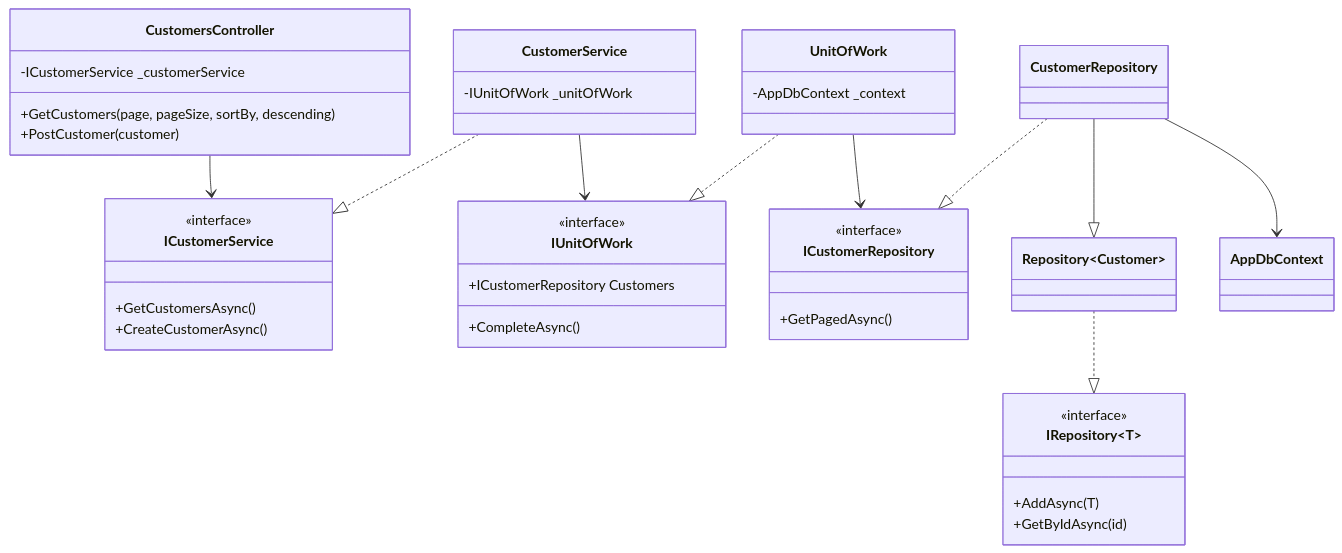
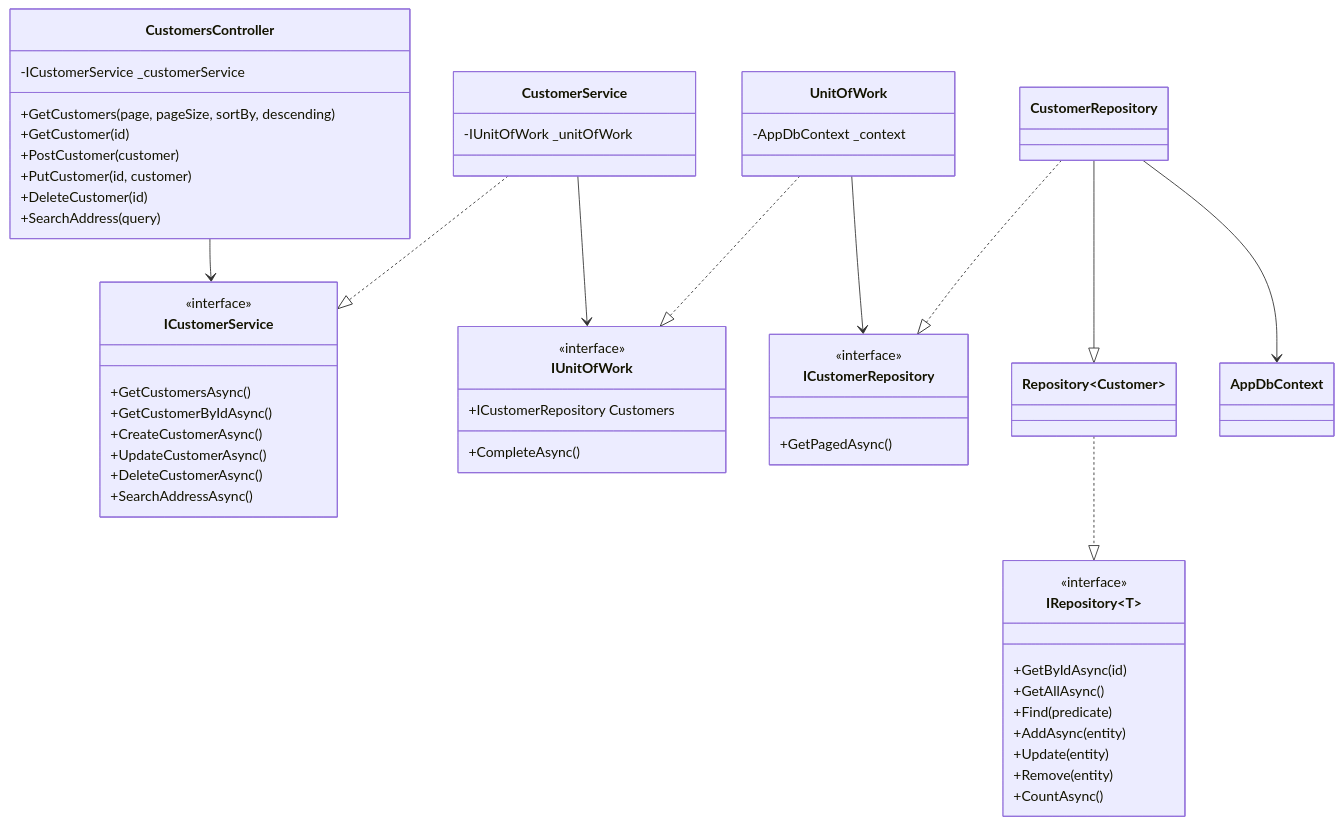
The first of 8 diagrams in README.md (nbellias/EpsilonWebApp), drawn with Mermaid before and after one commit. The commit also changed other lines of this file and 24 other files, not shown here.

````diff
--- a/README.md
+++ b/README.md
@@ -98,45 +103,58 @@
 ```mermaid
 classDiagram
     class CustomersController {
         -ICustomerService _customerService
         +GetCustomers(page, pageSize, sortBy, descending)
+        +GetCustomer(id)
         +PostCustomer(customer)
+        +PutCustomer(id, customer)
+        +DeleteCustomer(id)
+        +SearchAddress(query)
     }
     class ICustomerService {
         <<interface>>
         +GetCustomersAsync()
+        +GetCustomerByIdAsync()
         +CreateCustomerAsync()
+        +UpdateCustomerAsync()
+        +DeleteCustomerAsync()
+        +SearchAddressAsync()
     }
     class CustomerService {
         -IUnitOfWork _unitOfWork
     }
     class IUnitOfWork {
         <<interface>>
         +ICustomerRepository Customers
         +CompleteAsync()
     }
     class UnitOfWork {
         -AppDbContext _context
     }
     class ICustomerRepository {
         <<interface>>
         +GetPagedAsync()
     }
     class CustomerRepository {
     }
     class IRepository~T~ {
         <<interface>>
-        +AddAsync(T)
         +GetByIdAsync(id)
+        +GetAllAsync()
+        +Find(predicate)
+        +AddAsync(entity)
+        +Update(entity)
+        +Remove(entity)
+        +CountAsync()
     }
 
     CustomersController --> ICustomerService
     CustomerService ..|> ICustomerService
     CustomerService --> IUnitOfWork
     UnitOfWork ..|> IUnitOfWork
     UnitOfWork --> ICustomerRepository
     CustomerRepository ..|> ICustomerRepository
     CustomerRepository --|> Repository~Customer~
     Repository~T~ ..|> IRepository~T~
     CustomerRepository --> AppDbContext
 ```
````
